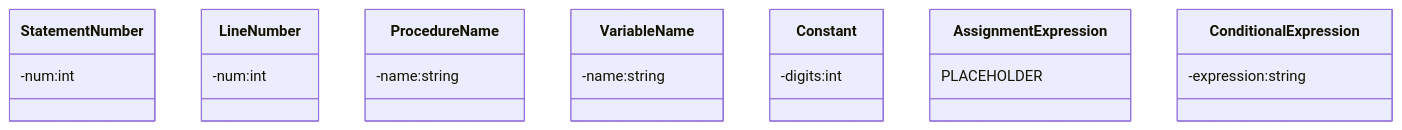
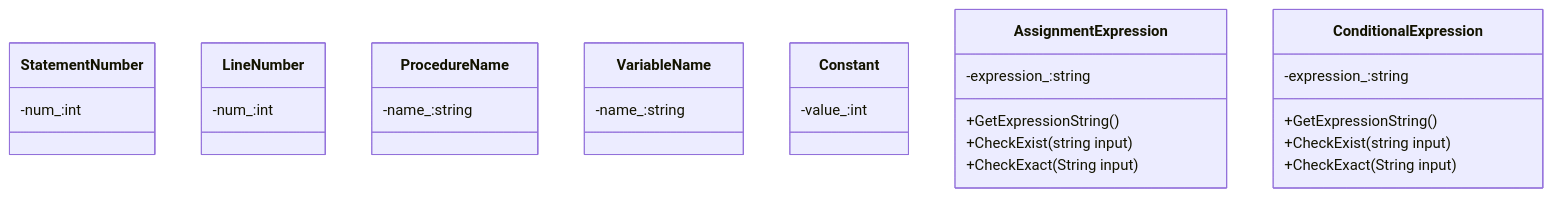
The diagram in docs/cd/DataTypes.mmd (rtshkmr/CS3203-StaticProgramAnalyzer), drawn with Mermaid before and after one commit. The commit also changed 1 other file, not shown here.

```diff
--- a/docs/cd/DataTypes.mmd
+++ b/docs/cd/DataTypes.mmd
@@ -1,28 +1,34 @@
 classDiagram
     class StatementNumber {
-        -num:int
+        -num_:int
     }
 
     class LineNumber {
-        -num:int
+        -num_:int
     }
         
     class ProcedureName {
-        -name:string
+        -name_:string
     }
 
     class VariableName {
-        -name:string
+        -name_:string
     }
 
     class Constant {
-        -digits:int
+        -value_:int
     }
 
     class AssignmentExpression {
-        PLACEHOLDER
+        -expression_:string
+        +GetExpressionString()
+        +CheckExist(string input)
+        +CheckExact(String input)
     }
     
     class ConditionalExpression {
-        -expression:string
+        -expression_:string
+        +GetExpressionString()
+        +CheckExist(string input)
+        +CheckExact(String input)
     }
```
